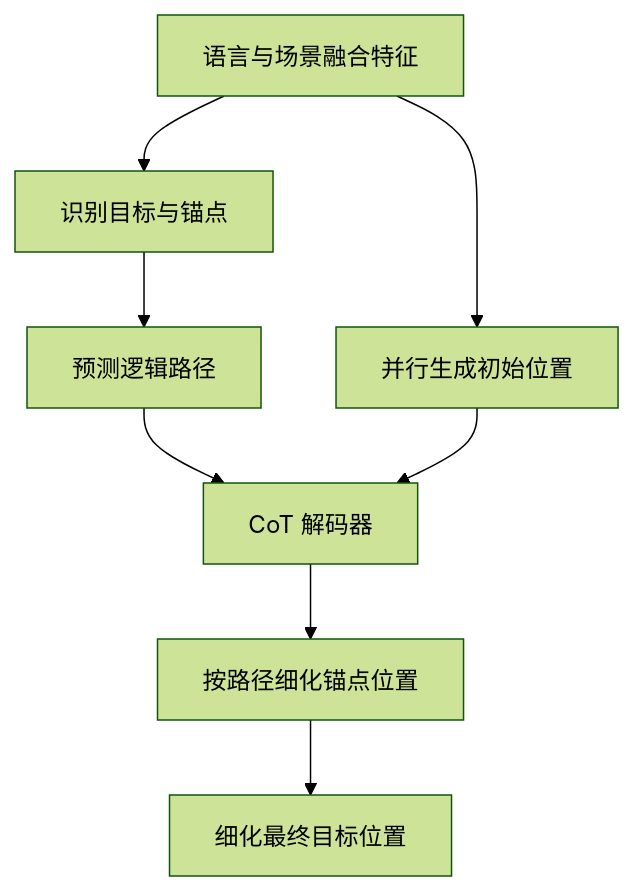
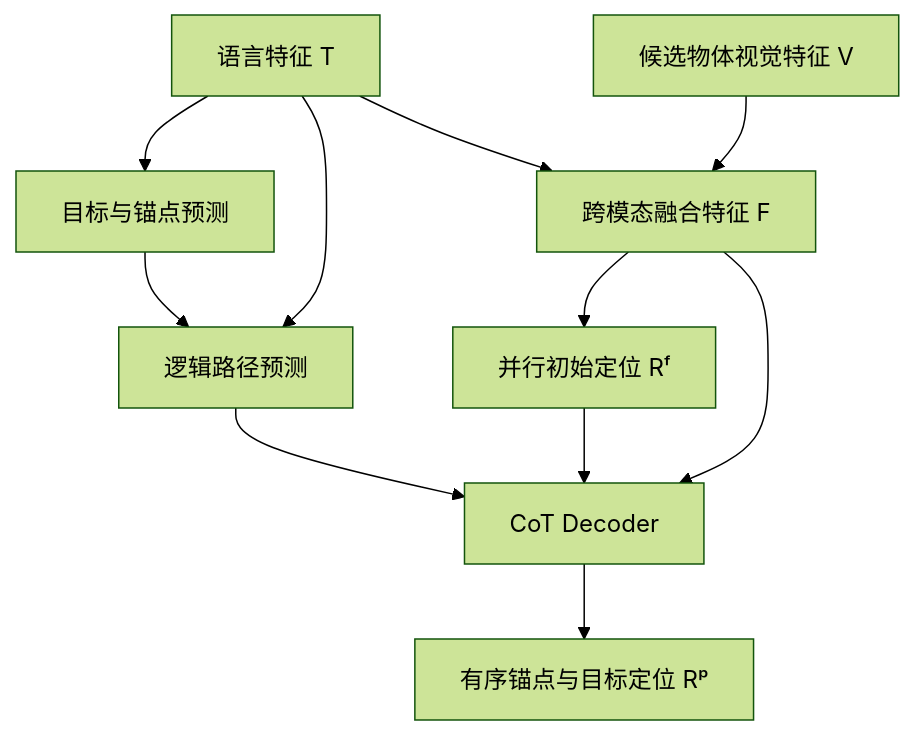
The second of 2 diagrams in src/content/blog/cot3dref-3d-visual-grounding.md (LunarScoop/blog), drawn with Mermaid (forest theme) before and after one commit. The commit also changed other lines of this file, not shown here.

````diff
--- a/src/content/blog/cot3dref-3d-visual-grounding.md
+++ b/src/content/blog/cot3dref-3d-visual-grounding.md
@@ -226,10 +99,13 @@
 ```mermaid
 flowchart TD
-    features[语言与场景融合特征] --> objects[识别目标与锚点]
-    objects --> pathway[预测逻辑路径]
-    features --> parallel[并行生成初始位置]
-    pathway --> cot[CoT 解码器]
-    parallel --> cot
-    cot --> anchors[按路径细化锚点位置]
-    anchors --> target[细化最终目标位置]
+    text[语言特征 T] --> objects[目标与锚点预测]
+    objects --> pathway[逻辑路径预测]
+    text --> pathway
+    text --> fusion[跨模态融合特征 F]
+    visual[候选物体视觉特征 V] --> fusion
+    fusion --> parallel[并行初始定位 Rᶠ]
+    pathway --> decoder[CoT Decoder]
+    parallel --> decoder
+    fusion --> decoder
+    decoder --> output[有序锚点与目标定位 Rᵖ]
 ```
````
